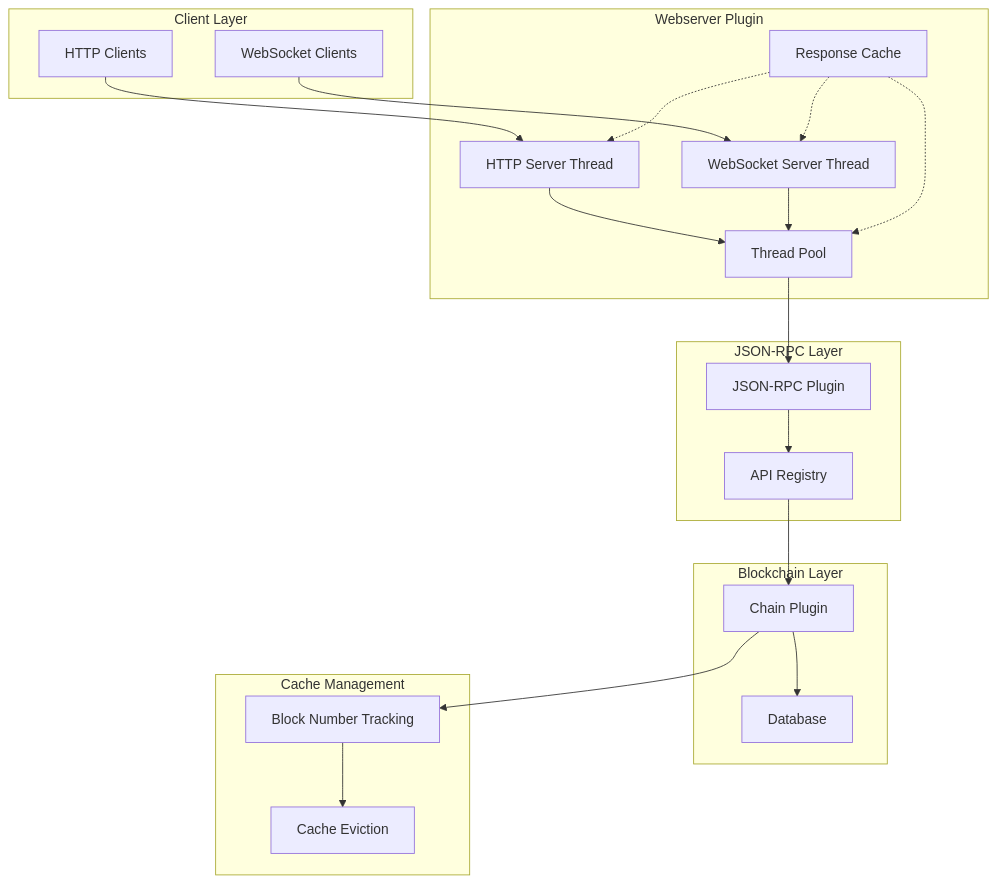
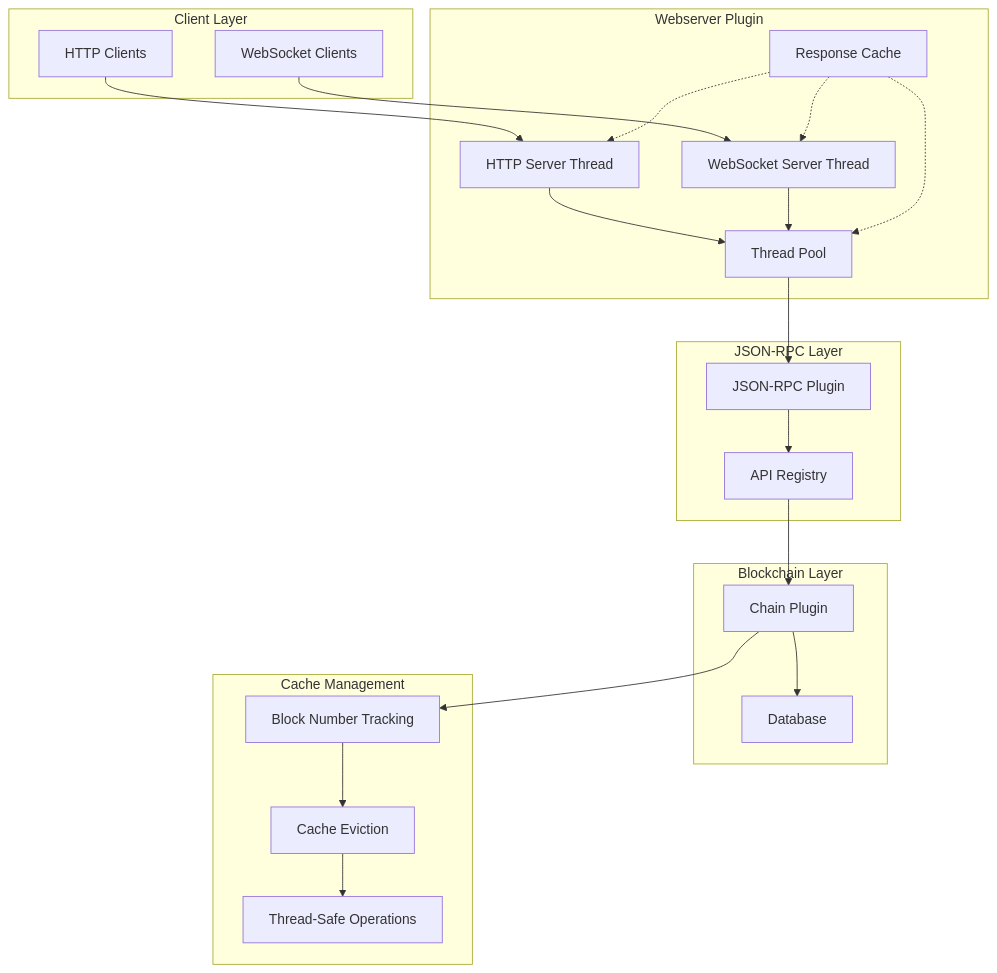
Before and after one commit to VIZ-Blockchain/viz-cpp-node: the second of 8 diagrams in .qoder/repowiki/en/content/Webserver Plugin.md, drawn with Mermaid. The commit also changed other lines of this file and 3 other files, not shown here.

````diff
--- a/.qoder/repowiki/en/content/Webserver Plugin.md
+++ b/.qoder/repowiki/en/content/Webserver Plugin.md
@@ -78,38 +92,40 @@
 ```mermaid
 graph TB
 subgraph "Client Layer"
 A[HTTP Clients]
 B[WebSocket Clients]
 end
 subgraph "Webserver Plugin"
 C[HTTP Server Thread]
 D[WebSocket Server Thread]
 E[Thread Pool]
 F[Response Cache]
 end
 subgraph "JSON-RPC Layer"
 G[JSON-RPC Plugin]
 H[API Registry]
 end
 subgraph "Blockchain Layer"
 I[Chain Plugin]
 J[Database]
 end
 A --> C
 B --> D
 C --> E
 D --> E
 E --> G
 G --> H
 H --> I
 I --> J
 F -.-> C
 F -.-> D
 F -.-> E
 subgraph "Cache Management"
 K[Block Number Tracking]
 L[Cache Eviction]
+M[Thread-Safe Operations]
 end
 I --> K
 K --> L
+L --> M
 ```
````
